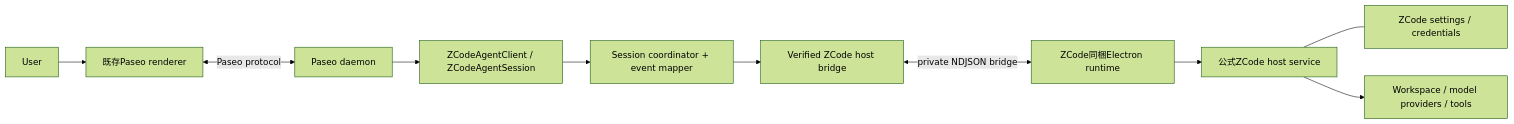
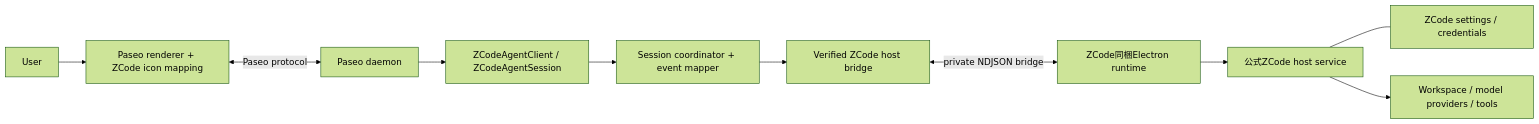
The first of 3 diagrams in docs/architecture.md (supermomonga/paseo-zcode-patcher), drawn with Mermaid (forest theme) before and after one commit. The commit also changed other lines of this file and 45 other files, not shown here.

Commit message:
Use the GLM Agent icon for ZCode

````diff
--- a/docs/architecture.md
+++ b/docs/architecture.md
@@ -7,12 +7,12 @@
 ```mermaid
 flowchart LR
-    U["User"] --> R["既存Paseo renderer"]
+    U["User"] --> R["Paseo renderer + ZCode icon mapping"]
     R <-->|"Paseo protocol"| D["Paseo daemon"]
     D --> P["ZCodeAgentClient / ZCodeAgentSession"]
     P --> C["Session coordinator + event mapper"]
     C --> B["Verified ZCode host bridge"]
     B <-->|"private NDJSON bridge"| E["ZCode同梱Electron runtime"]
     E --> H["公式ZCode host service"]
     H --- S["ZCode settings / credentials"]
     H --> W["Workspace / model providers / tools"]
 ```
````
